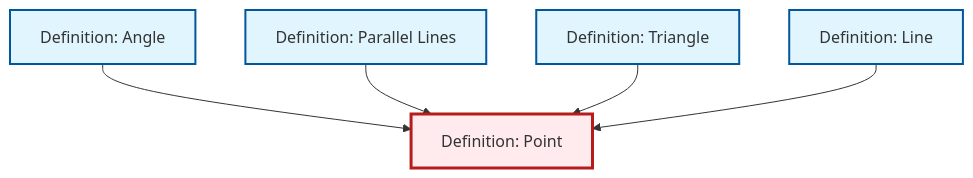
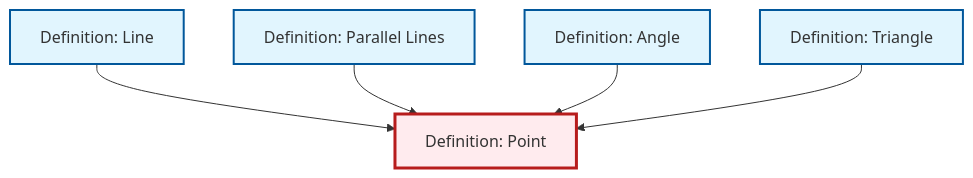
One commit to RK0429/ModernMath changed the diagram in content/ja/geometry/def-point.qmd. Above: the diagram before and after it, drawn with Mermaid. The commit also changed other lines of this file and 530 other files, not shown here.

````diff
--- a/content/ja/geometry/def-point.qmd
+++ b/content/ja/geometry/def-point.qmd
@@ -40,23 +40,23 @@
 ```{mermaid}
 %%| fig-cap: "Local dependency graph"
 graph TD
     classDef definition fill:#e1f5fe,stroke:#01579b,stroke-width:2px
     classDef theorem fill:#f3e5f5,stroke:#4a148c,stroke-width:2px
     classDef axiom fill:#fff3e0,stroke:#e65100,stroke-width:2px
     classDef example fill:#e8f5e9,stroke:#1b5e20,stroke-width:2px
     classDef current fill:#ffebee,stroke:#b71c1c,stroke-width:3px
+    def-parallel["Definition: Parallel Lines"]:::definition
+    def-point["Definition: Point"]:::definition
+    def-triangle["Definition: Triangle"]:::definition
     def-line["Definition: Line"]:::definition
-    def-parallel["Definition: Parallel Lines"]:::definition
     def-angle["Definition: Angle"]:::definition
-    def-triangle["Definition: Triangle"]:::definition
-    def-point["Definition: Point"]:::definition
+    def-line --> def-point
+    def-parallel --> def-point
     def-angle --> def-point
-    def-parallel --> def-point
     def-triangle --> def-point
-    def-line --> def-point
     class def-point current
+    click def-parallel "def-parallel.html" "Definition: Parallel Linesへ"
+    click def-triangle "def-triangle.html" "Definition: Triangleへ"
     click def-line "def-line.html" "Definition: Lineへ"
-    click def-parallel "def-parallel.html" "Definition: Parallel Linesへ"
     click def-angle "def-angle.html" "Definition: Angleへ"
-    click def-triangle "def-triangle.html" "Definition: Triangleへ"
 ```
````
